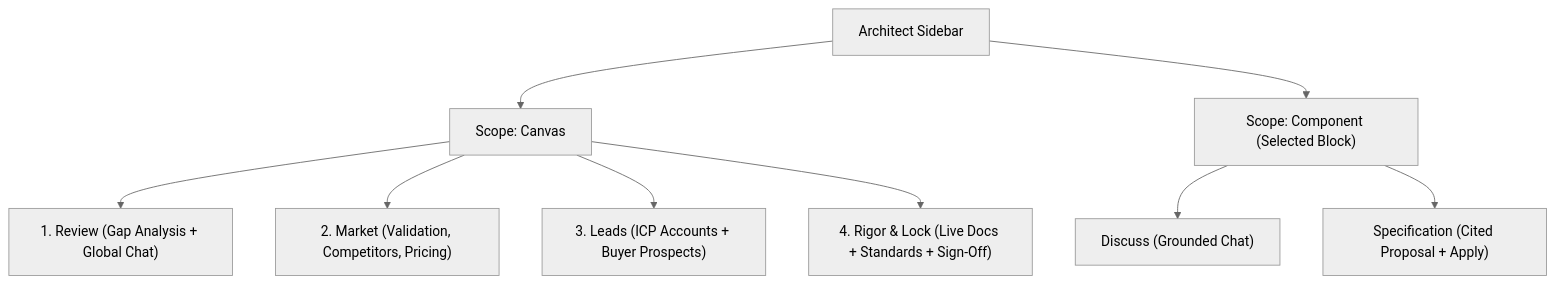
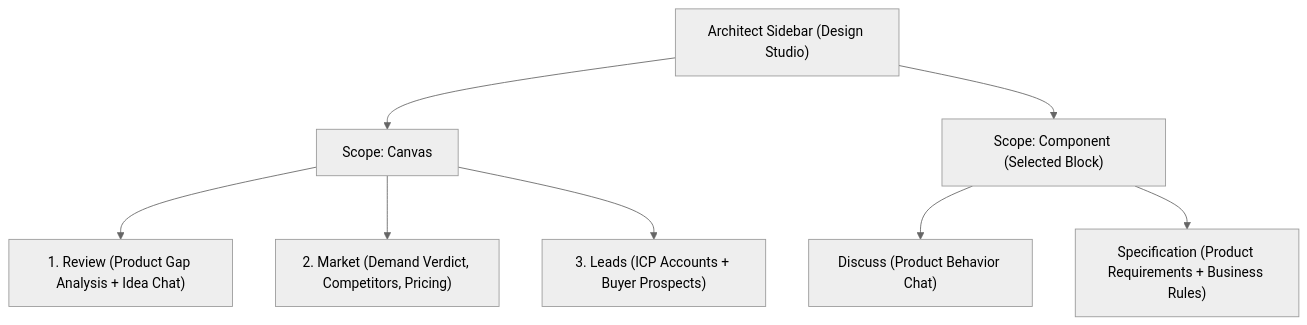
Before and after one commit to sadilet/forma: the second of 3 diagrams in docs/plan.md, drawn with Mermaid (neutral theme). The commit also changed other lines of this file and 1 other file, not shown here.

First line of the commit message:
Split Architect product flow from Build Studio engineering rigor.

````diff
--- a/docs/plan.md
+++ b/docs/plan.md
@@ -187,13 +196,12 @@
 ```mermaid
 flowchart TD
-  Sidebar["Architect Sidebar"] --> ScopeCanvas["Scope: Canvas"]
+  Sidebar["Architect Sidebar (Design Studio)"] --> ScopeCanvas["Scope: Canvas"]
   Sidebar --> ScopeComp["Scope: Component (Selected Block)"]
 
-  ScopeCanvas --> TabReview["1. Review (Gap Analysis + Global Chat)"]
-  ScopeCanvas --> TabMarket["2. Market (Validation, Competitors, Pricing)"]
+  ScopeCanvas --> TabReview["1. Review (Product Gap Analysis + Idea Chat)"]
+  ScopeCanvas --> TabMarket["2. Market (Demand Verdict, Competitors, Pricing)"]
   ScopeCanvas --> TabLeads["3. Leads (ICP Accounts + Buyer Prospects)"]
-  ScopeCanvas --> TabRigor["4. Rigor & Lock (Live Docs + Standards + Sign-Off)"]
 
-  ScopeComp --> CompDiscuss["Discuss (Grounded Chat)"]
-  ScopeComp --> CompSpec["Specification (Cited Proposal + Apply)"]
+  ScopeComp --> CompDiscuss["Discuss (Product Behavior Chat)"]
+  ScopeComp --> CompSpec["Specification (Product Requirements + Business Rules)"]
 ```
````
